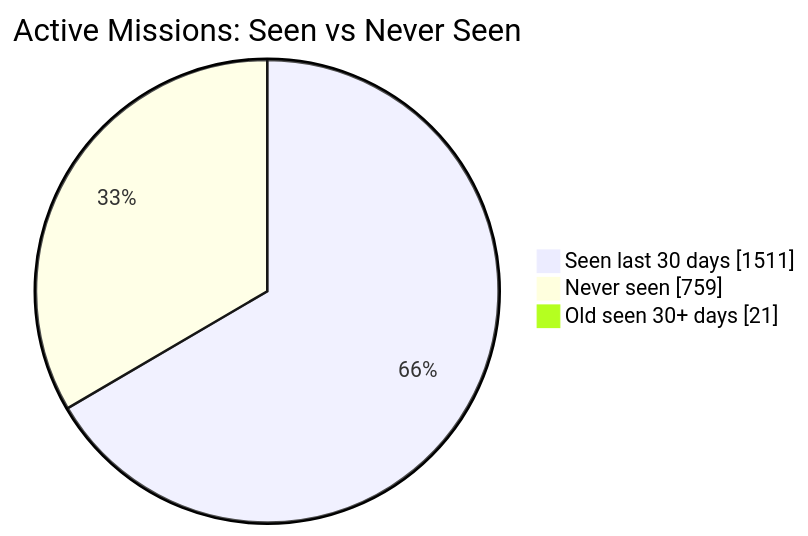
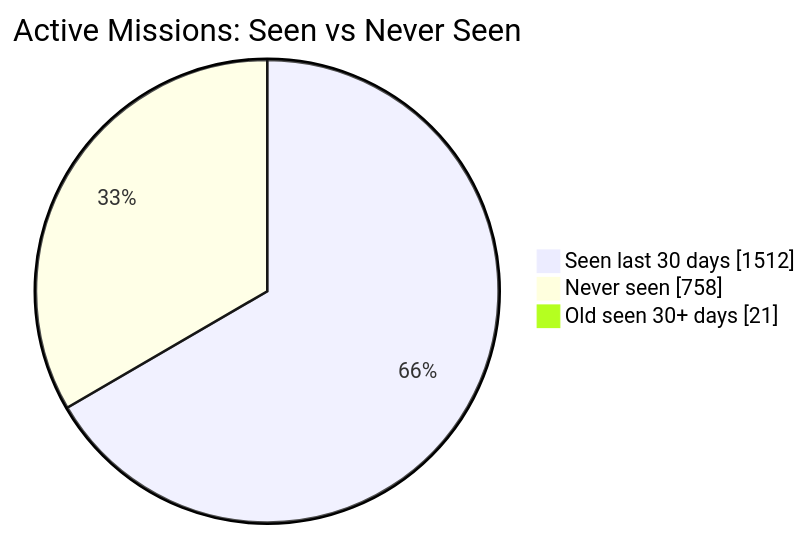
One commit to MeldkamerspelGameTeam/active-missions changed the first of 2 diagrams in README.md. Above: the diagram before and after it, drawn with Mermaid. The commit also changed other lines of this file and 2 other files, not shown here.

````diff
--- a/README.md
+++ b/README.md
@@ -34,7 +34,7 @@
 ```mermaid
 pie showData
     title Active Missions: Seen vs Never Seen
-    "Seen last 30 days" : 1511
-    "Never seen" : 759
+    "Seen last 30 days" : 1512
+    "Never seen" : 758
     "Old seen 30+ days" : 21
 ```
````
